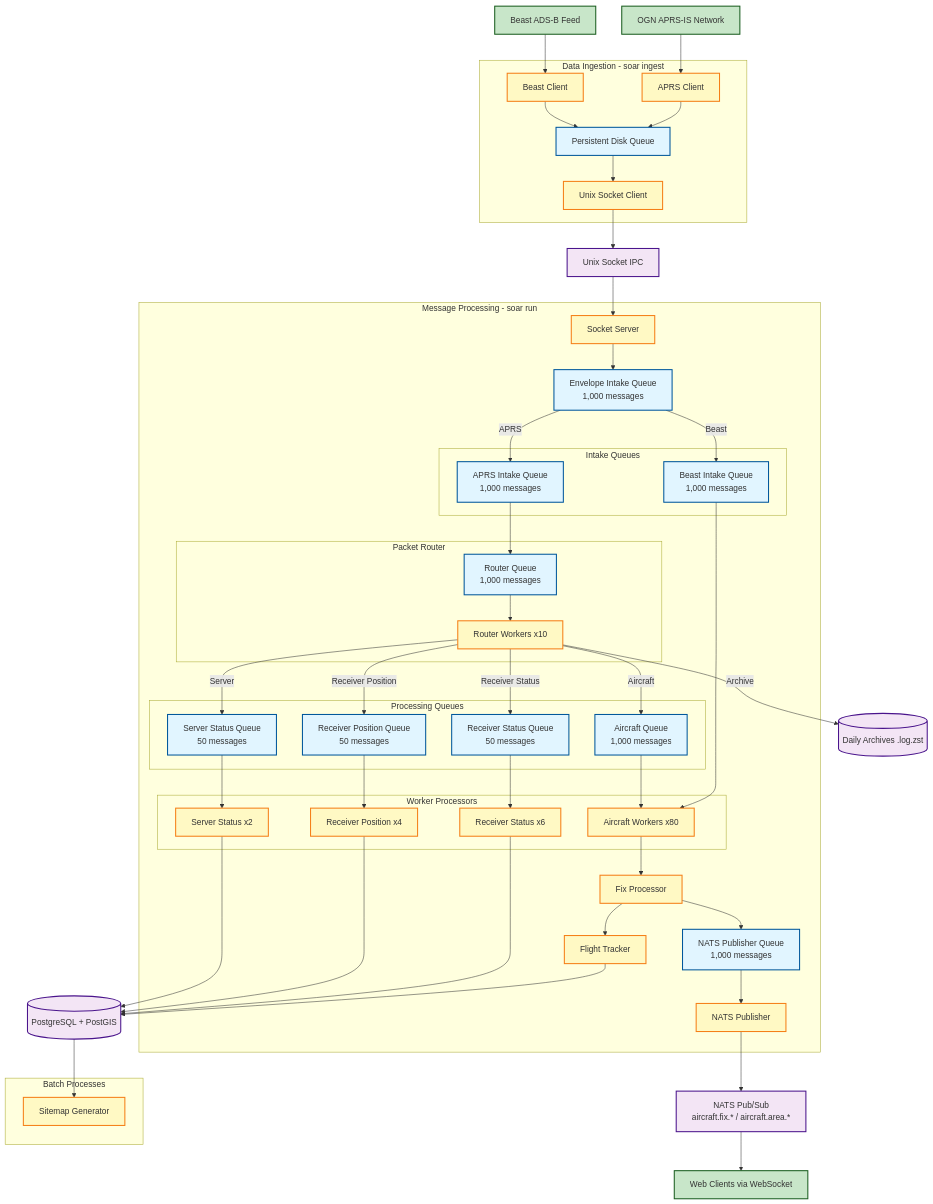
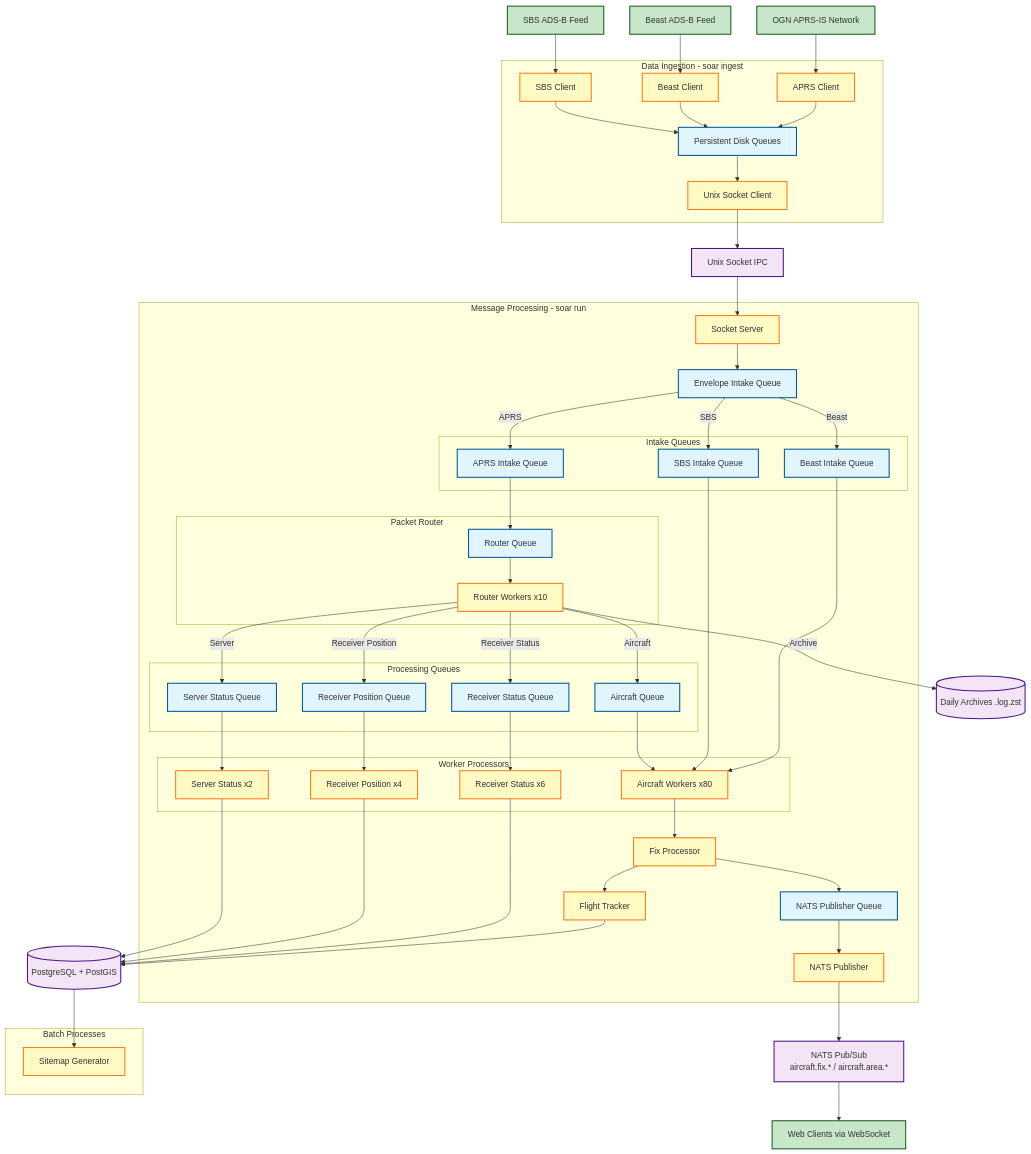
Before and after one commit to hut8/soar: the diagram in README.md, drawn with Mermaid. The commit also changed other lines of this file and 15 other files, not shown here.

First line of the commit message:
Fix dashboard metrics and add SBS to data flow diagram

````diff
--- a/README.md
+++ b/README.md
@@ -34,13 +34,15 @@
     %% External Systems
     APRS[OGN APRS-IS Network]
     Beast[Beast ADS-B Feed]
+    SBS[SBS ADS-B Feed]
     WebClients[Web Clients via WebSocket]
 
     %% Ingestion Process (soar ingest)
     subgraph Ingest ["Data Ingestion - soar ingest"]
         AprsClient[APRS Client]
         BeastClient[Beast Client]
-        DiskQueue["Persistent Disk Queue"]
+        SbsClient[SBS Client]
+        DiskQueue["Persistent Disk Queues"]
         SocketClient[Unix Socket Client]
     end
 
@@ -50,24 +52,25 @@
     %% Processing Process (soar run)
     subgraph Processing ["Message Processing - soar run"]
         SocketServer[Socket Server]
-        EnvelopeQueue["Envelope Intake Queue<br/>1,000 messages"]
+        EnvelopeQueue["Envelope Intake Queue"]
 
         subgraph IntakeQueues ["Intake Queues"]
-            AprsIntake["APRS Intake Queue<br/>1,000 messages"]
-            BeastIntake["Beast Intake Queue<br/>1,000 messages"]
+            AprsIntake["APRS Intake Queue"]
+            BeastIntake["Beast Intake Queue"]
+            SbsIntake["SBS Intake Queue"]
         end
 
         subgraph RouterBox ["Packet Router"]
-            RouterQueue["Router Queue<br/>1,000 messages"]
+            RouterQueue["Router Queue"]
             Router[Router Workers x10]
         end
 
         %% Processing Queues
         subgraph Queues ["Processing Queues"]
-            AircraftQueue["Aircraft Queue<br/>1,000 messages"]
-            RecvStatusQueue["Receiver Status Queue<br/>50 messages"]
-            RecvPosQueue["Receiver Position Queue<br/>50 messages"]
-            ServerQueue["Server Status Queue<br/>50 messages"]
+            AircraftQueue["Aircraft Queue"]
+            RecvStatusQueue["Receiver Status Queue"]
+            RecvPosQueue["Receiver Position Queue"]
+            ServerQueue["Server Status Queue"]
         end
 
         %% Processors
@@ -83,7 +86,7 @@
         FlightTracker[Flight Tracker]
 
         %% NATS Publishing
-        NatsQueue["NATS Publisher Queue<br/>1,000 messages"]
+        NatsQueue["NATS Publisher Queue"]
         NatsPublisher[NATS Publisher]
     end
 
@@ -102,8 +105,10 @@
     %% Data Flow - Ingestion
     APRS --> AprsClient
     Beast --> BeastClient
+    SBS --> SbsClient
     AprsClient --> DiskQueue
     BeastClient --> DiskQueue
+    SbsClient --> DiskQueue
     DiskQueue --> SocketClient
     SocketClient --> UnixSocket
 
@@ -112,10 +117,12 @@
     SocketServer --> EnvelopeQueue
     EnvelopeQueue -->|APRS| AprsIntake
     EnvelopeQueue -->|Beast| BeastIntake
+    EnvelopeQueue -->|SBS| SbsIntake
 
     %% Data Flow - Routing
     AprsIntake --> RouterQueue
     BeastIntake --> AircraftProc
+    SbsIntake --> AircraftProc
     RouterQueue --> Router
 
     %% Data Flow - Router to Queues
@@ -154,8 +161,8 @@
     classDef storageStyle fill:#f3e5f5,stroke:#4a148c,stroke-width:2px
     classDef externalStyle fill:#c8e6c9,stroke:#1b5e20,stroke-width:2px
 
-    class EnvelopeQueue,AprsIntake,BeastIntake,RouterQueue,AircraftQueue,RecvStatusQueue,RecvPosQueue,ServerQueue,NatsQueue,DiskQueue queueStyle
-    class AprsClient,BeastClient,SocketClient,SocketServer,Router,AircraftProc,RecvStatusProc,RecvPosProc,ServerProc,FixProc,FlightTracker,NatsPublisher,Sitemap procStyle
+    class EnvelopeQueue,AprsIntake,BeastIntake,SbsIntake,RouterQueue,AircraftQueue,RecvStatusQueue,RecvPosQueue,ServerQueue,NatsQueue,DiskQueue queueStyle
+    class AprsClient,BeastClient,SbsClient,SocketClient,SocketServer,Router,AircraftProc,RecvStatusProc,RecvPosProc,ServerProc,FixProc,FlightTracker,NatsPublisher,Sitemap procStyle
     class Database,NatsPubSub,ArchiveFiles,UnixSocket storageStyle
-    class APRS,Beast,WebClients externalStyle
+    class APRS,Beast,SBS,WebClients externalStyle
 ```
````
